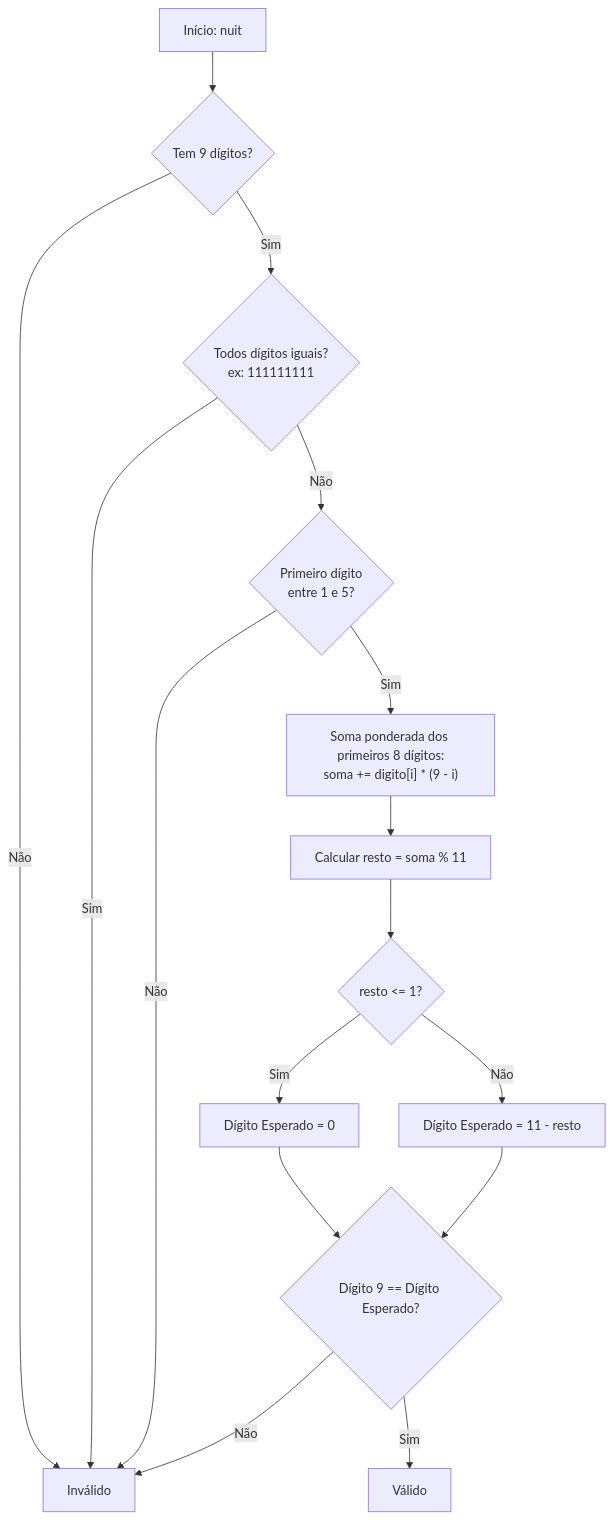
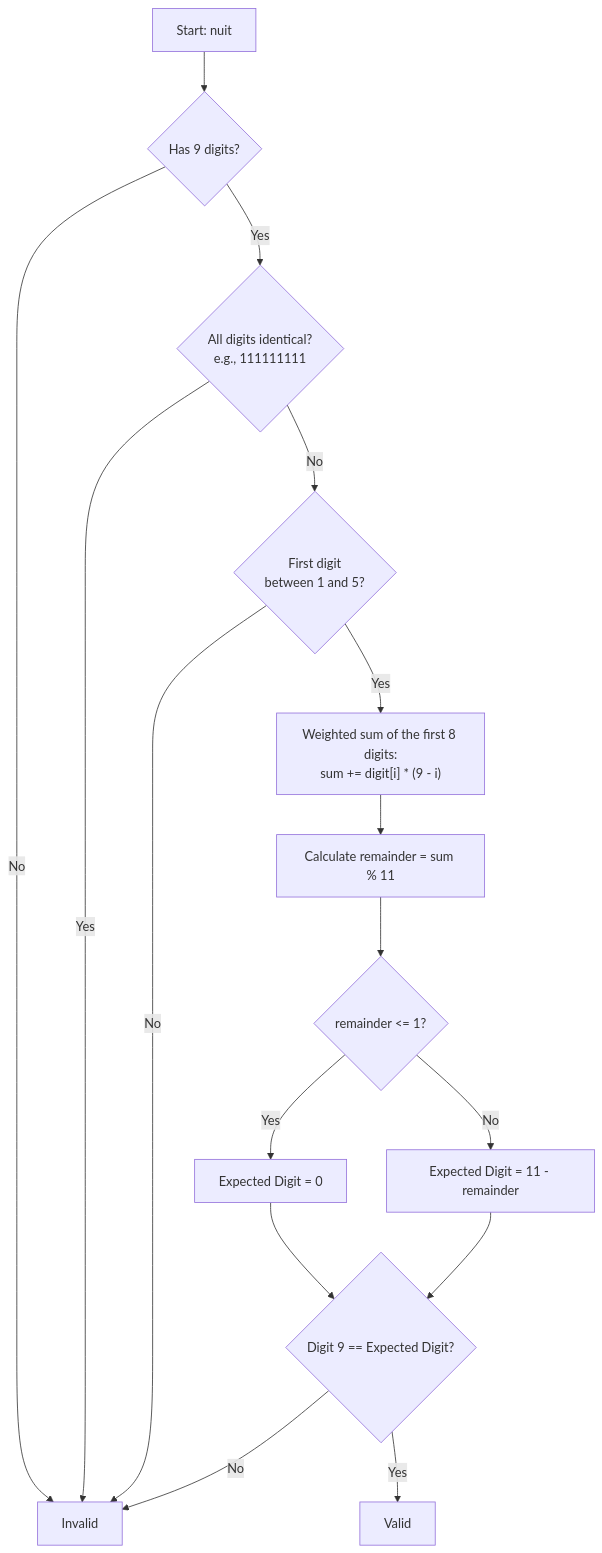
Before and after one commit to iradoweck/moz-utils: the first of 2 diagrams in README.md, drawn with Mermaid. The commit also changed other lines of this file and 17 other files, not shown here.

````diff
--- a/README.md
+++ b/README.md
@@ -50,18 +50,18 @@
 ```mermaid
 graph TD
-    A[Início: nuit] --> B{Tem 9 dígitos?}
-    B -- Não --> C[Inválido]
-    B -- Sim --> D{Todos dígitos iguais?<br/>ex: 111111111}
-    D -- Sim --> C
-    D -- Não --> E{Primeiro dígito<br/>entre 1 e 5?}
-    E -- Não --> C
-    E -- Sim --> F["Soma ponderada dos primeiros 8 dígitos:<br/>soma += digito[i] * (9 - i)"]
-    F --> G[Calcular resto = soma % 11]
-    G --> H{resto <= 1?}
-    H -- Sim --> I[Dígito Esperado = 0]
-    H -- Não --> J[Dígito Esperado = 11 - resto]
-    I --> K{Dígito 9 == Dígito Esperado?}
+    A[Start: nuit] --> B{Has 9 digits?}
+    B -- No --> C[Invalid]
+    B -- Yes --> D{All digits identical?<br/>e.g., 111111111}
+    D -- Yes --> C
+    D -- No --> E{First digit<br/>between 1 and 5?}
+    E -- No --> C
+    E -- Yes --> F["Weighted sum of the first 8 digits:<br/>sum += digit[i] * (9 - i)"]
+    F --> G[Calculate remainder = sum % 11]
+    G --> H{remainder <= 1?}
+    H -- Yes --> I[Expected Digit = 0]
+    H -- No --> J[Expected Digit = 11 - remainder]
+    I --> K{Digit 9 == Expected Digit?}
     J --> K
-    K -- Sim --> L[Válido]
-    K -- Não --> C
+    K -- Yes --> L[Valid]
+    K -- No --> C
 ```
````
